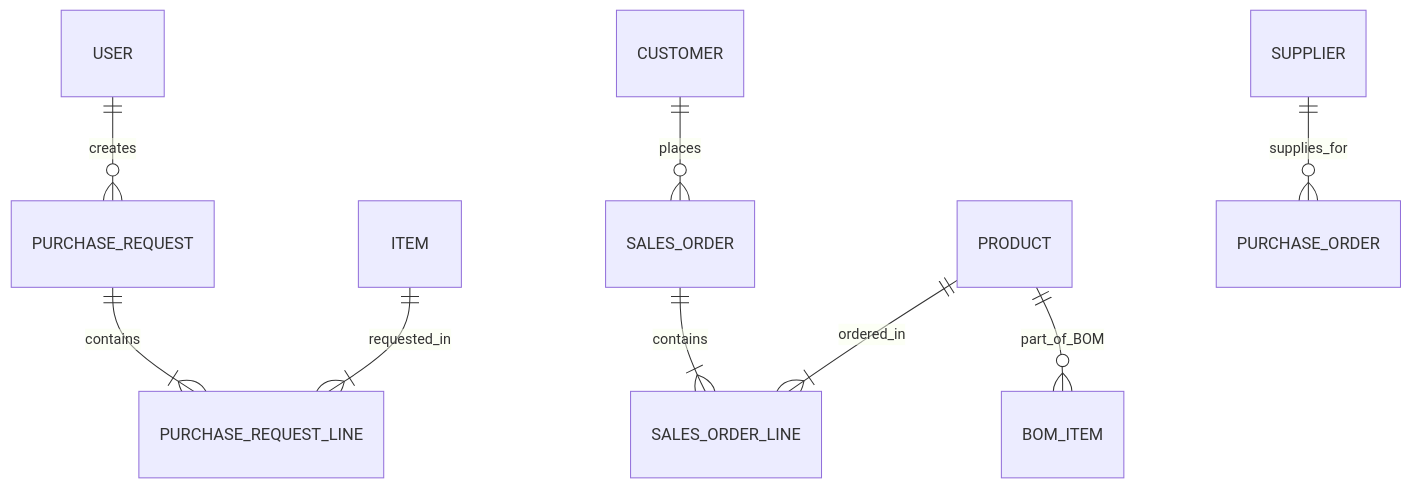
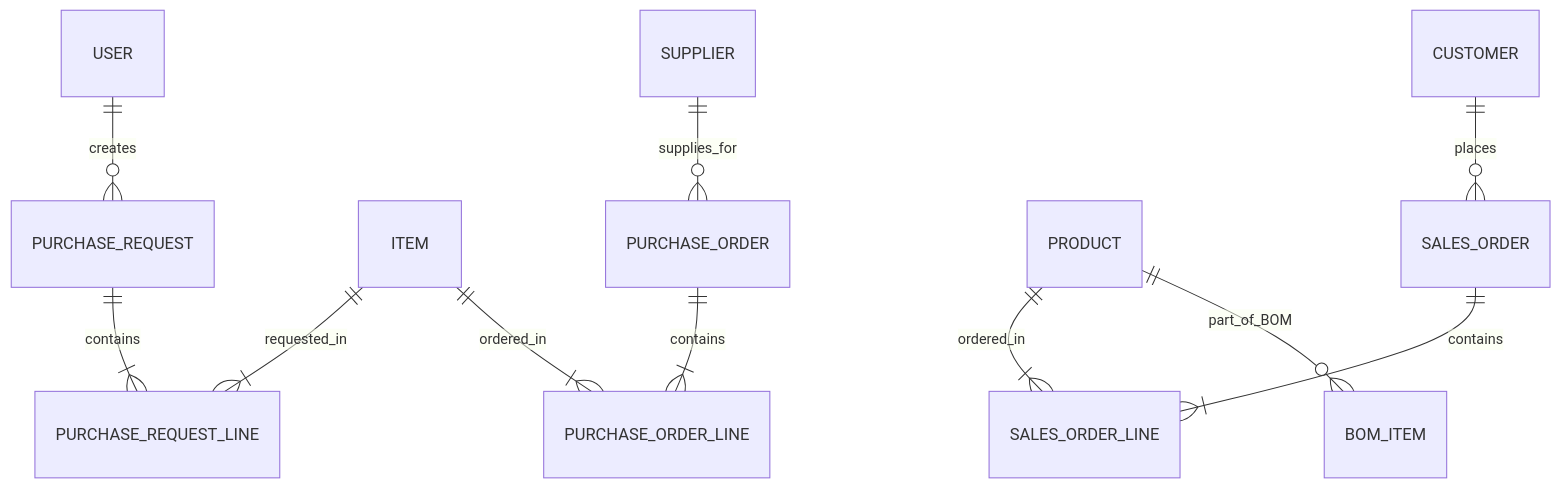
Before and after one commit to jackycj0830/studio: the second of 7 diagrams in spec.md, drawn with Mermaid. The commit also changed other lines of this file and 5 other files, not shown here.

````diff
--- a/spec.md
+++ b/spec.md
@@ -94,11 +94,13 @@
 ```mermaid
 erDiagram
     USER ||--o{ PURCHASE_REQUEST : creates
     PURCHASE_REQUEST ||--|{ PURCHASE_REQUEST_LINE : contains
     ITEM ||--|{ PURCHASE_REQUEST_LINE : requested_in
     CUSTOMER ||--o{ SALES_ORDER : places
     SALES_ORDER ||--|{ SALES_ORDER_LINE : contains
     PRODUCT ||--|{ SALES_ORDER_LINE : ordered_in
     PRODUCT ||--o{ BOM_ITEM : part_of_BOM
     SUPPLIER ||--o{ PURCHASE_ORDER : supplies_for
+    PURCHASE_ORDER ||--|{ PURCHASE_ORDER_LINE : contains
+    ITEM ||--|{ PURCHASE_ORDER_LINE : ordered_in
 ```
````
